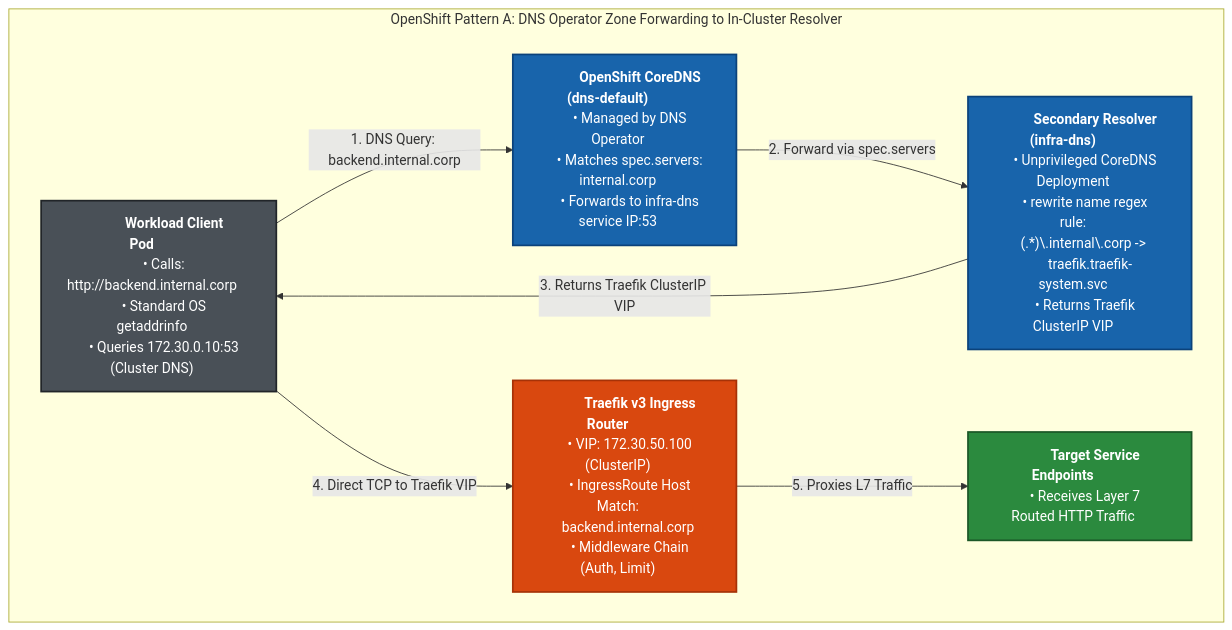
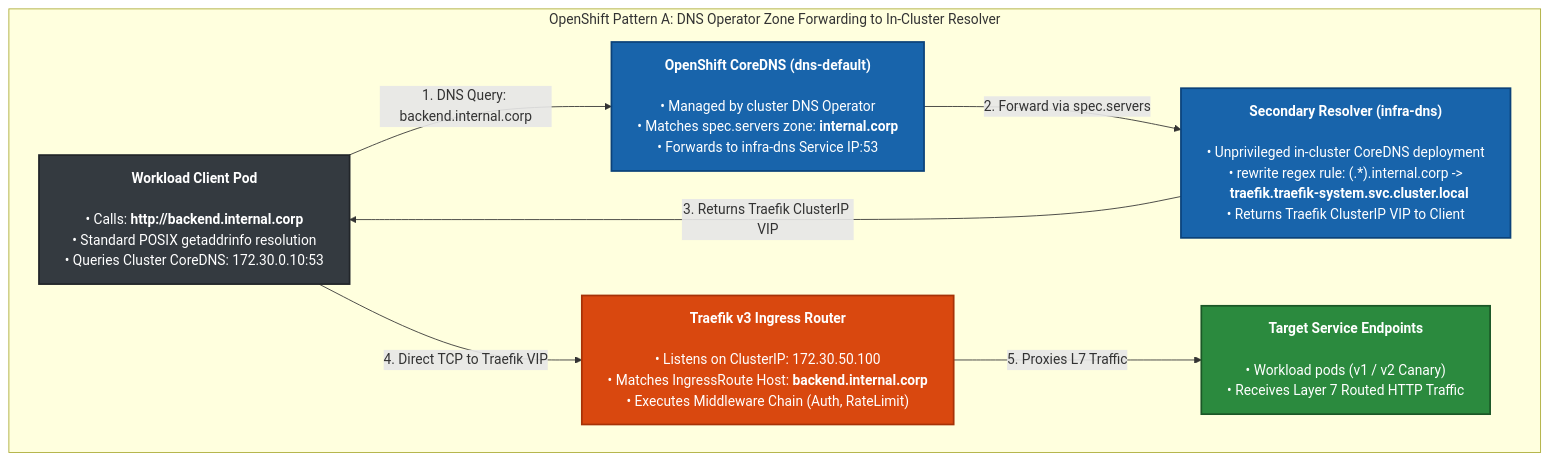
Before and after one commit to nubenetes/cloudnative-ingress-mesh-lab: the third of 10 diagrams in docs/FQDN_ROUTING.md, drawn with Mermaid. The commit also changed other lines of this file, not shown here.

Commit message:
docs: resolve text clipping across all diagrams in FQDN_ROUTING.md

````diff
--- a/docs/FQDN_ROUTING.md
+++ b/docs/FQDN_ROUTING.md
@@ -397,30 +397,31 @@
 ```mermaid
+%%{init: {"flowchart": {"wrappingWidth": 460, "nodeSpacing": 45, "rankSpacing": 45}}}%%
 flowchart TD
-    subgraph PatternA ["&nbsp;&nbsp;&nbsp;&nbsp;&nbsp;&nbsp;&nbsp;&nbsp;&nbsp;&nbsp;&nbsp;&nbsp;OpenShift Pattern A: DNS Operator Zone Forwarding to In-Cluster Resolver&nbsp;&nbsp;&nbsp;&nbsp;&nbsp;&nbsp;&nbsp;&nbsp;&nbsp;&nbsp;&nbsp;&nbsp;"]
-        WorkloadPod["&nbsp;&nbsp;&nbsp;&nbsp;&nbsp;&nbsp;&nbsp;&nbsp;&nbsp;&nbsp;<b>Workload Client Pod</b>&nbsp;&nbsp;&nbsp;&nbsp;&nbsp;&nbsp;&nbsp;&nbsp;&nbsp;&nbsp;<br/>&nbsp;&nbsp;&nbsp;&nbsp;• Calls: http://backend.internal.corp&nbsp;&nbsp;&nbsp;&nbsp;<br/>&nbsp;&nbsp;&nbsp;&nbsp;• Standard OS getaddrinfo&nbsp;&nbsp;&nbsp;&nbsp;<br/>&nbsp;&nbsp;&nbsp;&nbsp;• Queries 172.30.0.10:53 (Cluster DNS)&nbsp;&nbsp;&nbsp;&nbsp;"]
+    subgraph PatternA ["OpenShift Pattern A: DNS Operator Zone Forwarding to In-Cluster Resolver"]
+        WorkloadPod["<b>Workload Client Pod</b><br/><br/>• Calls: <b>http://backend.internal.corp</b><br/>• Standard POSIX getaddrinfo resolution<br/>• Queries Cluster CoreDNS: 172.30.0.10:53"]
         
-        DNSOperator["&nbsp;&nbsp;&nbsp;&nbsp;&nbsp;&nbsp;&nbsp;&nbsp;&nbsp;&nbsp;<b>OpenShift CoreDNS (dns-default)</b>&nbsp;&nbsp;&nbsp;&nbsp;&nbsp;&nbsp;&nbsp;&nbsp;&nbsp;&nbsp;<br/>&nbsp;&nbsp;&nbsp;&nbsp;• Managed by DNS Operator&nbsp;&nbsp;&nbsp;&nbsp;<br/>&nbsp;&nbsp;&nbsp;&nbsp;• Matches spec.servers: internal.corp&nbsp;&nbsp;&nbsp;&nbsp;<br/>&nbsp;&nbsp;&nbsp;&nbsp;• Forwards to infra-dns service IP:53&nbsp;&nbsp;&nbsp;&nbsp;"]
+        DNSOperator["<b>OpenShift CoreDNS (dns-default)</b><br/><br/>• Managed by cluster DNS Operator<br/>• Matches spec.servers zone: <b>internal.corp</b><br/>• Forwards to infra-dns Service IP:53"]
         
-        SecondaryDNS["&nbsp;&nbsp;&nbsp;&nbsp;&nbsp;&nbsp;&nbsp;&nbsp;&nbsp;&nbsp;<b>Secondary Resolver (infra-dns)</b>&nbsp;&nbsp;&nbsp;&nbsp;&nbsp;&nbsp;&nbsp;&nbsp;&nbsp;&nbsp;<br/>&nbsp;&nbsp;&nbsp;&nbsp;• Unprivileged CoreDNS Deployment&nbsp;&nbsp;&nbsp;&nbsp;<br/>&nbsp;&nbsp;&nbsp;&nbsp;• rewrite name regex rule:&nbsp;&nbsp;&nbsp;&nbsp;<br/>&nbsp;&nbsp;&nbsp;&nbsp;&nbsp;&nbsp;(.*)\.internal\.corp ->&nbsp;&nbsp;&nbsp;&nbsp;<br/>&nbsp;&nbsp;&nbsp;&nbsp;&nbsp;&nbsp;traefik.traefik-system.svc&nbsp;&nbsp;&nbsp;&nbsp;<br/>&nbsp;&nbsp;&nbsp;&nbsp;• Returns Traefik ClusterIP VIP&nbsp;&nbsp;&nbsp;&nbsp;"]
+        SecondaryDNS["<b>Secondary Resolver (infra-dns)</b><br/><br/>• Unprivileged in-cluster CoreDNS deployment<br/>• rewrite regex rule: (.*).internal.corp -><br/>&nbsp;&nbsp;<b>traefik.traefik-system.svc.cluster.local</b><br/>• Returns Traefik ClusterIP VIP to Client"]
         
-        TraefikRouter["&nbsp;&nbsp;&nbsp;&nbsp;&nbsp;&nbsp;&nbsp;&nbsp;&nbsp;&nbsp;<b>Traefik v3 Ingress Router</b>&nbsp;&nbsp;&nbsp;&nbsp;&nbsp;&nbsp;&nbsp;&nbsp;&nbsp;&nbsp;<br/>&nbsp;&nbsp;&nbsp;&nbsp;• VIP: 172.30.50.100 (ClusterIP)&nbsp;&nbsp;&nbsp;&nbsp;<br/>&nbsp;&nbsp;&nbsp;&nbsp;• IngressRoute Host Match:&nbsp;&nbsp;&nbsp;&nbsp;<br/>&nbsp;&nbsp;&nbsp;&nbsp;&nbsp;&nbsp;backend.internal.corp&nbsp;&nbsp;&nbsp;&nbsp;<br/>&nbsp;&nbsp;&nbsp;&nbsp;• Middleware Chain (Auth, Limit)&nbsp;&nbsp;&nbsp;&nbsp;"]
+        TraefikRouter["<b>Traefik v3 Ingress Router</b><br/><br/>• Listens on ClusterIP: 172.30.50.100<br/>• Matches IngressRoute Host: <b>backend.internal.corp</b><br/>• Executes Middleware Chain (Auth, RateLimit)"]
         
-        TargetPod["&nbsp;&nbsp;&nbsp;&nbsp;&nbsp;&nbsp;&nbsp;&nbsp;&nbsp;&nbsp;<b>Target Service Endpoints</b>&nbsp;&nbsp;&nbsp;&nbsp;&nbsp;&nbsp;&nbsp;&nbsp;&nbsp;&nbsp;<br/>&nbsp;&nbsp;&nbsp;&nbsp;• Receives Layer 7 Routed HTTP Traffic&nbsp;&nbsp;&nbsp;&nbsp;"]
+        TargetPod["<b>Target Service Endpoints</b><br/><br/>• Workload pods (v1 / v2 Canary)<br/>• Receives Layer 7 Routed HTTP Traffic"]
 
         WorkloadPod -->|"1. DNS Query: backend.internal.corp"| DNSOperator
         DNSOperator -->|"2. Forward via spec.servers"| SecondaryDNS
         SecondaryDNS -->|"3. Returns Traefik ClusterIP VIP"| WorkloadPod
         WorkloadPod -->|"4. Direct TCP to Traefik VIP"| TraefikRouter
         TraefikRouter -->|"5. Proxies L7 Traffic"| TargetPod
     end
 
-    classDef client fill:#495057,stroke:#212529,stroke-width:2px,color:#fff;
-    classDef dns fill:#1864ab,stroke:#0b427a,stroke-width:2px,color:#fff;
-    classDef router fill:#d9480f,stroke:#a63207,stroke-width:2px,color:#fff;
-    classDef target fill:#2b8a3e,stroke:#1b5727,stroke-width:2px,color:#fff;
+    classDef client fill:#343a40,stroke:#212529,stroke-width:2px,color:#fff,min-width:380px;
+    classDef dns fill:#1864ab,stroke:#0b427a,stroke-width:2px,color:#fff,min-width:380px;
+    classDef router fill:#d9480f,stroke:#a63207,stroke-width:2px,color:#fff,min-width:380px;
+    classDef target fill:#2b8a3e,stroke:#1b5727,stroke-width:2px,color:#fff,min-width:380px;
 
     class WorkloadPod client;
     class DNSOperator,SecondaryDNS dns;
     class TraefikRouter router;
     class TargetPod target;
 ```
````
